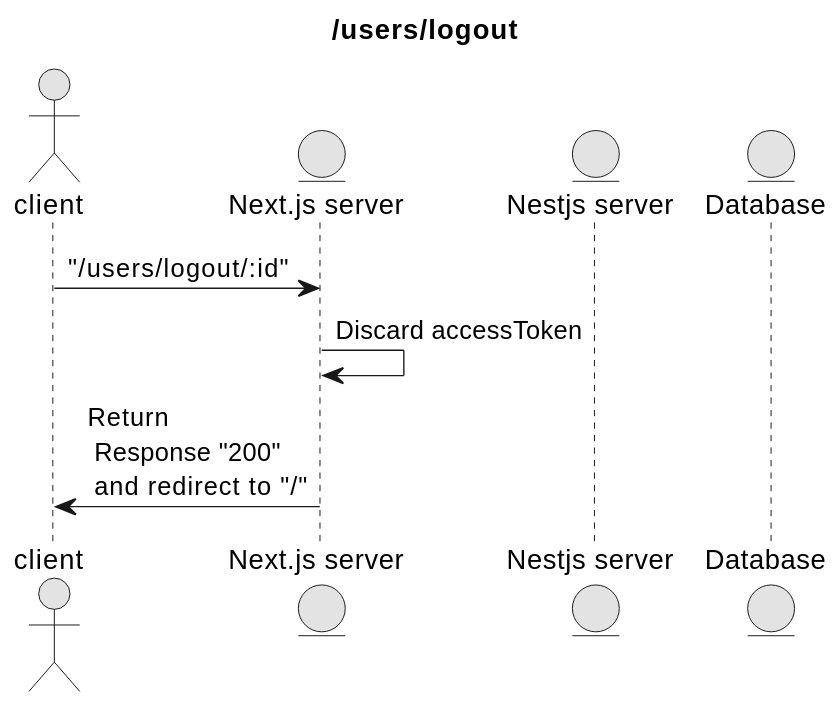
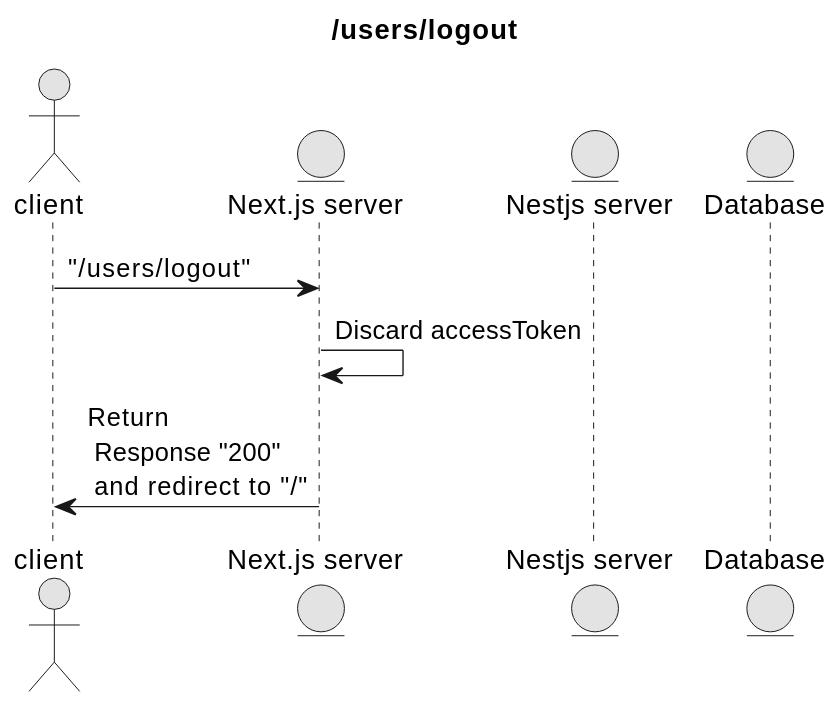
Before and after one commit to tomo324/idea-app-front: the diagram in public/diagram/users/logout.adoc, drawn with PlantUML. The commit also changed 4 other files, not shown here.

```diff
--- a/public/diagram/users/logout.adoc
+++ b/public/diagram/users/logout.adoc
@@ -1,16 +1,16 @@
 [plantuml,alice-bob,svg,role=sequence]
 ....
 title /users/logout
 skinparam monochrome true
 skinparam ranksep 20
 skinparam dpi 150
 skinparam arrowThickness 0.7
 
 actor client
 entity "Next.js server" as next
 entity "Nestjs server" as server
 entity "Database" as db
-client->next: "/users/logout/:id"
+client->next: "/users/logout"
 next->next: Discard accessToken
 next->client: Return \n Response "200" \n and redirect to "/"
 ....
```
